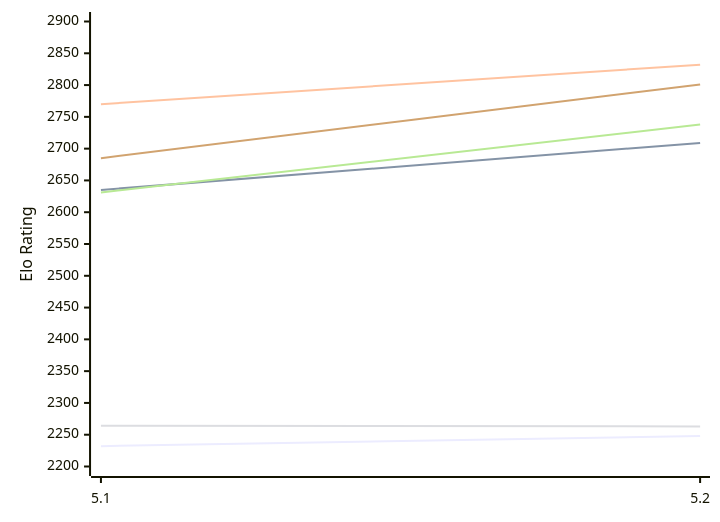
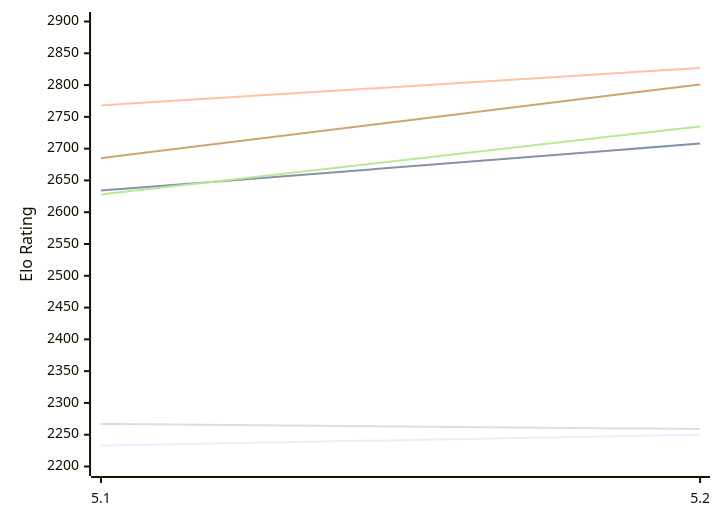
One commit to computer-chess-index/cci changed the first of 2 diagrams in engines/Dorky.md. Above: the diagram before and after it, drawn with Mermaid. The commit also changed other lines of this file, not shown here.

Commit message:
Update CCI Ratings (ELO VLTC) - 2026-11-26

````diff
--- a/engines/Dorky.md
+++ b/engines/Dorky.md
@@ -50,12 +50,12 @@
 ```mermaid
 %%{init: {"theme":"base","themeVariables":{"seriesColors:['#a3a3a3','#222221','#faa371']}}}%%
 xychart-beta
   x-axis ["5.1", "5.2"]
   y-axis "Elo Rating" 2200 --> 2900
-  line "E1: STC (8.0+0.08s)" [2232, 2248]
-  line "E1: LTC (60.0+0.60s)" [2635, 2709]
-  line "E1: VLTC (2m24s+1.12s)" [2770, 2832]
-  line "P1: STC (8.0+0.08s)" [2264, 2263]
-  line "P1: LTC (60.0+0.60s)" [2631, 2738]
+  line "E1: STC (8.0+0.08s)" [2233, 2250]
+  line "E1: LTC (60.0+0.60s)" [2634, 2708]
+  line "E1: VLTC (2m24s+1.12s)" [2768, 2827]
+  line "P1: STC (8.0+0.08s)" [2267, 2259]
+  line "P1: LTC (60.0+0.60s)" [2628, 2735]
   line "P1: VLTC (2m24s+1.12s)" [2685, 2801]
 ```
````
